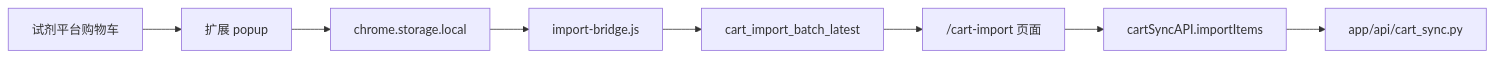
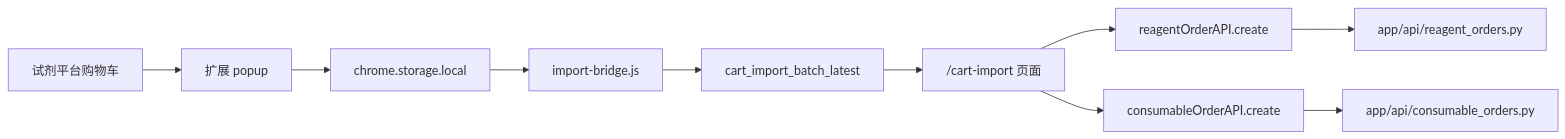
Before and after one commit to hzb666/LabStorageManager: the third of 4 diagrams in wiki/overview/business-flows.md, drawn with Mermaid. The commit also changed other lines of this file and 31 other files, not shown here.

````diff
--- a/wiki/overview/business-flows.md
+++ b/wiki/overview/business-flows.md
@@ -42,10 +42,12 @@
 ```mermaid
 flowchart LR
     Cart["试剂平台购物车"] --> Popup["扩展 popup"]
     Popup --> Storage["chrome.storage.local"]
     Storage --> Bridge["import-bridge.js"]
     Bridge --> PageCache["cart_import_batch_latest"]
     PageCache --> Import["/cart-import 页面"]
-    Import --> ApiCartSync["cartSyncAPI.importItems"]
-    ApiCartSync --> CartSync["app/api/cart_sync.py"]
+    Import --> ReagentApi["reagentOrderAPI.create"]
+    Import --> ConsumableApi["consumableOrderAPI.create"]
+    ReagentApi --> ReagentOrders["app/api/reagent_orders.py"]
+    ConsumableApi --> ConsumableOrders["app/api/consumable_orders.py"]
 ```
````
